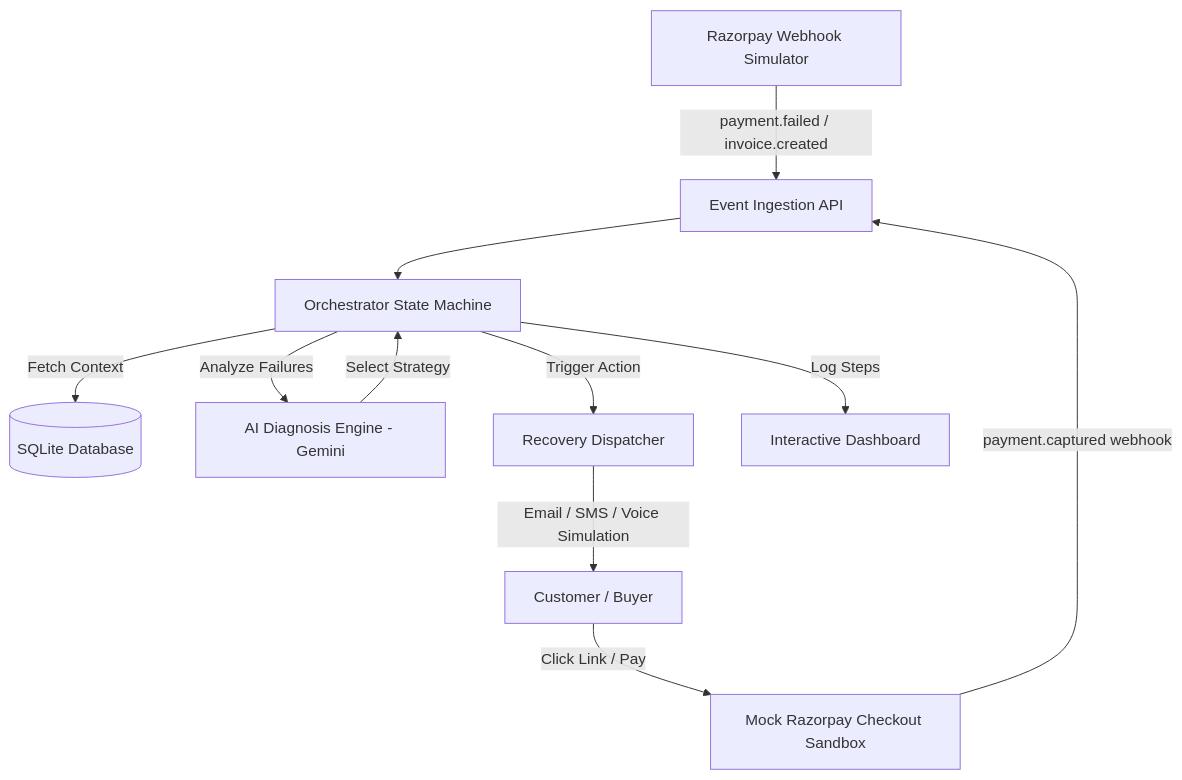
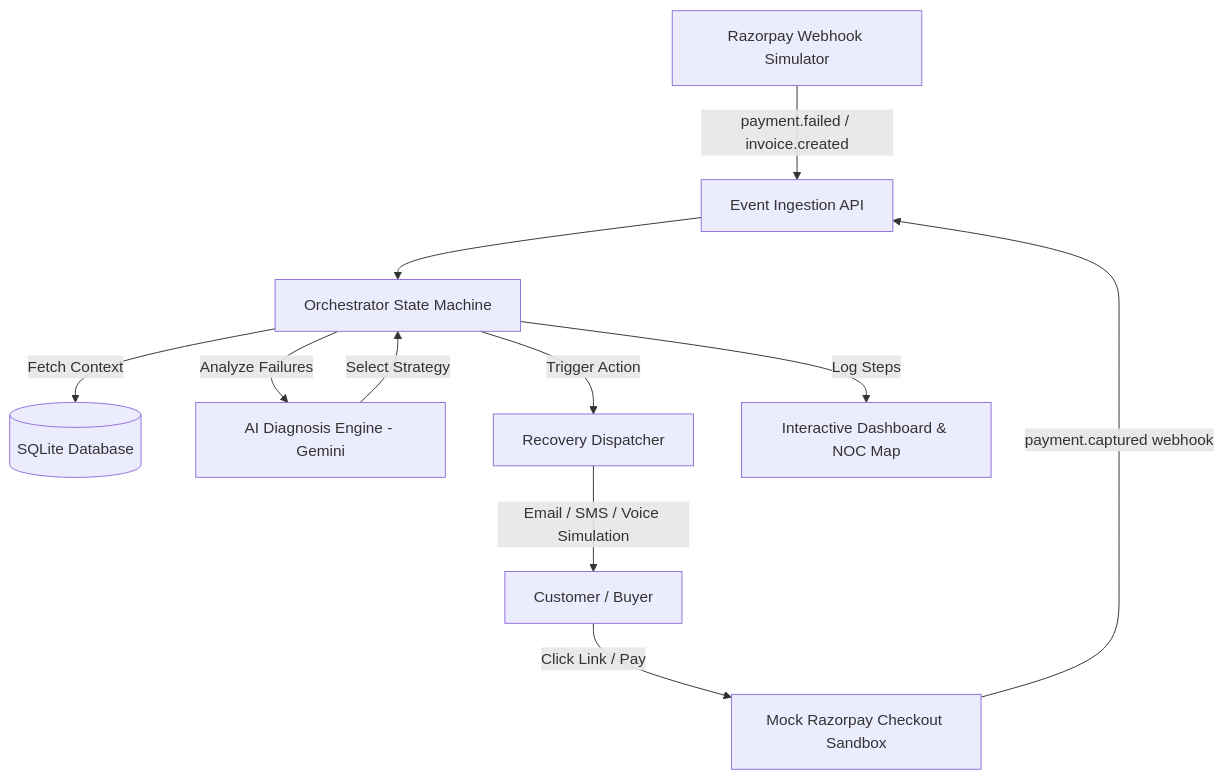
The diagram in README.md (KGupta171025/Razor-Recovery), drawn with Mermaid before and after one commit. The commit also changed other lines of this file and 3 other files, not shown here.

````diff
--- a/README.md
+++ b/README.md
@@ -25,13 +41,13 @@
 ```mermaid
 graph TD
     A[Razorpay Webhook Simulator] -->|payment.failed / invoice.created| B[Event Ingestion API]
     B --> C[Orchestrator State Machine]
     C -->|Fetch Context| D[(SQLite Database)]
     C -->|Analyze Failures| E[AI Diagnosis Engine - Gemini]
     E -->|Select Strategy| C
     C -->|Trigger Action| F[Recovery Dispatcher]
     F -->|Email / SMS / Voice Simulation| G[Customer / Buyer]
     G -->|Click Link / Pay| H[Mock Razorpay Checkout Sandbox]
     H -->|payment.captured webhook| B
-    C -->|Log Steps| I[Interactive Dashboard]
+    C -->|Log Steps| I[Interactive Dashboard & NOC Map]
 ```
````
